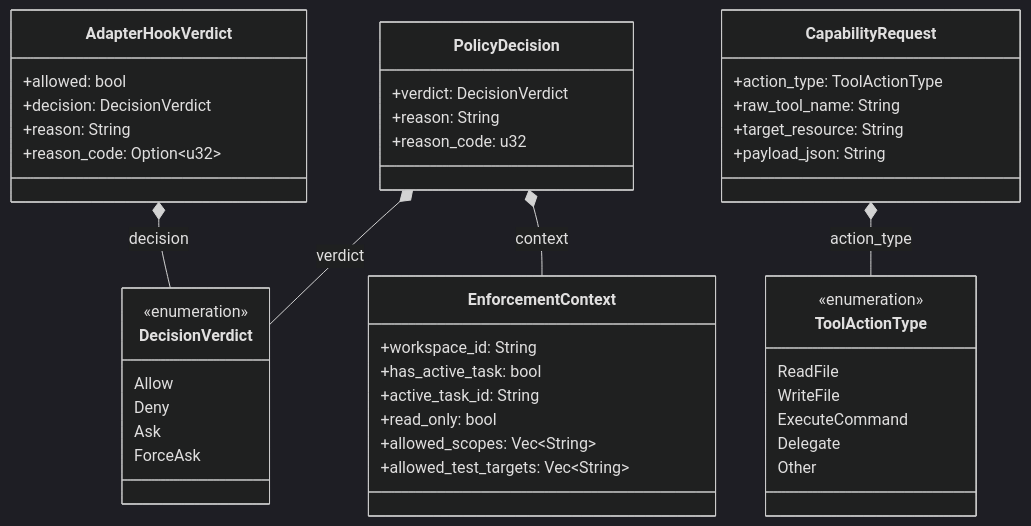
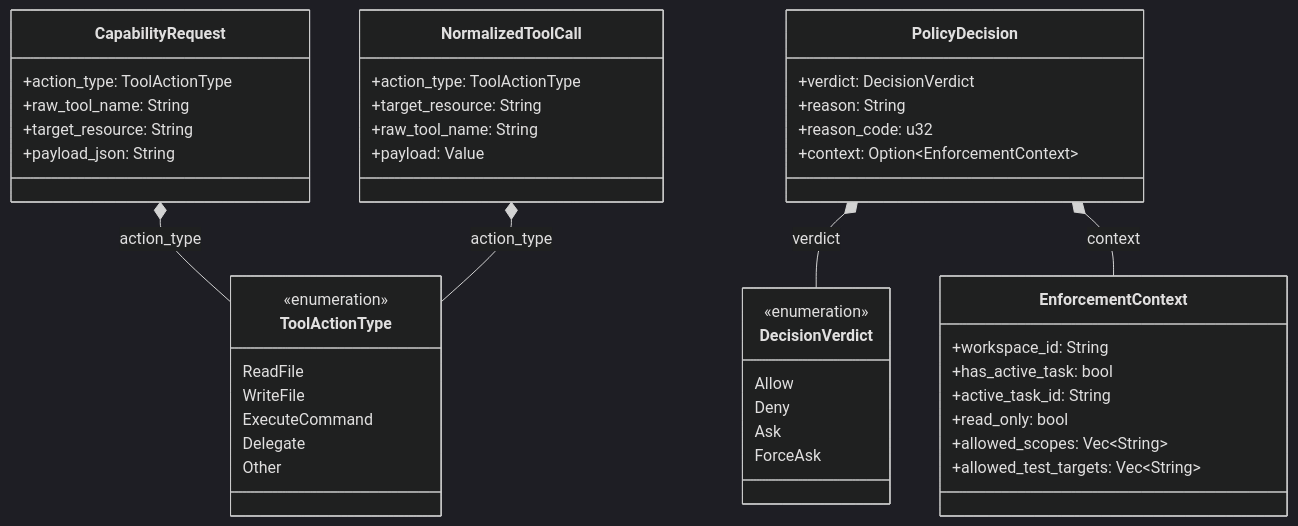
Before and after one commit to rolfmadsen/xgauntlet: the diagram in docs/architecture/policy.md, drawn with Mermaid (dark theme). The commit also changed other lines of this file and 12 other files, not shown here.

````diff
--- a/docs/architecture/policy.md
+++ b/docs/architecture/policy.md
@@ -7,59 +7,60 @@
 ```mermaid
 classDiagram
     direction TB
 
     %% ====================================================================
     %% 🧩 Feature Slice: policy (with 1-hop domain neighbors)
     %% ====================================================================
-
-    class AdapterHookVerdict {
-        +allowed: bool
-        +decision: DecisionVerdict
-        +reason: String
-        +reason_code: Option~u32~
-    }
 
     class CapabilityRequest {
         +action_type: ToolActionType
         +raw_tool_name: String
         +target_resource: String
         +payload_json: String
     }
 
     class DecisionVerdict {
         <<enumeration>>
         Allow
         Deny
         Ask
         ForceAsk
     }
 
     class EnforcementContext {
         +workspace_id: String
         +has_active_task: bool
         +active_task_id: String
         +read_only: bool
         +allowed_scopes: Vec~String~
         +allowed_test_targets: Vec~String~
     }
 
+    class NormalizedToolCall {
+        +action_type: ToolActionType
+        +target_resource: String
+        +raw_tool_name: String
+        +payload: Value
+    }
+
     class PolicyDecision {
         +verdict: DecisionVerdict
         +reason: String
         +reason_code: u32
+        +context: Option~EnforcementContext~
     }
 
     class ToolActionType {
         <<enumeration>>
         ReadFile
         WriteFile
         ExecuteCommand
         Delegate
         Other
     }
 
     CapabilityRequest *-- ToolActionType : action_type
+    NormalizedToolCall *-- ToolActionType : action_type
     PolicyDecision *-- DecisionVerdict : verdict
-    AdapterHookVerdict *-- DecisionVerdict : decision
     PolicyDecision *-- EnforcementContext : context
 ```
````
